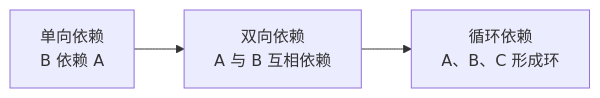
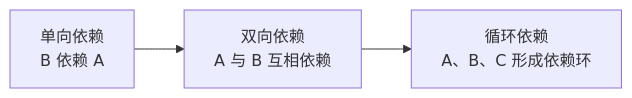
The ninth of 13 diagrams in src/content/blog/Software-Construction/Chap03.md (crashingby/homepage), drawn with Mermaid before and after one commit. The commit also changed other lines of this file and 6 other files, not shown here.

````diff
--- a/src/content/blog/Software-Construction/Chap03.md
+++ b/src/content/blog/Software-Construction/Chap03.md
@@ -607,5 +476,5 @@
 ```mermaid
 flowchart LR
-  A["单向依赖<br/>B 依赖 A"] --> B["双向依赖<br/>A 与 B 互相依赖"]
-  B --> C["循环依赖<br/>A、B、C 形成环"]
+  Direct["单向依赖<br/>B 依赖 A"] --> Mutual["双向依赖<br/>A 与 B 互相依赖"]
+  Mutual --> Cycle["循环依赖<br/>A、B、C 形成依赖环"]
 ```
````
